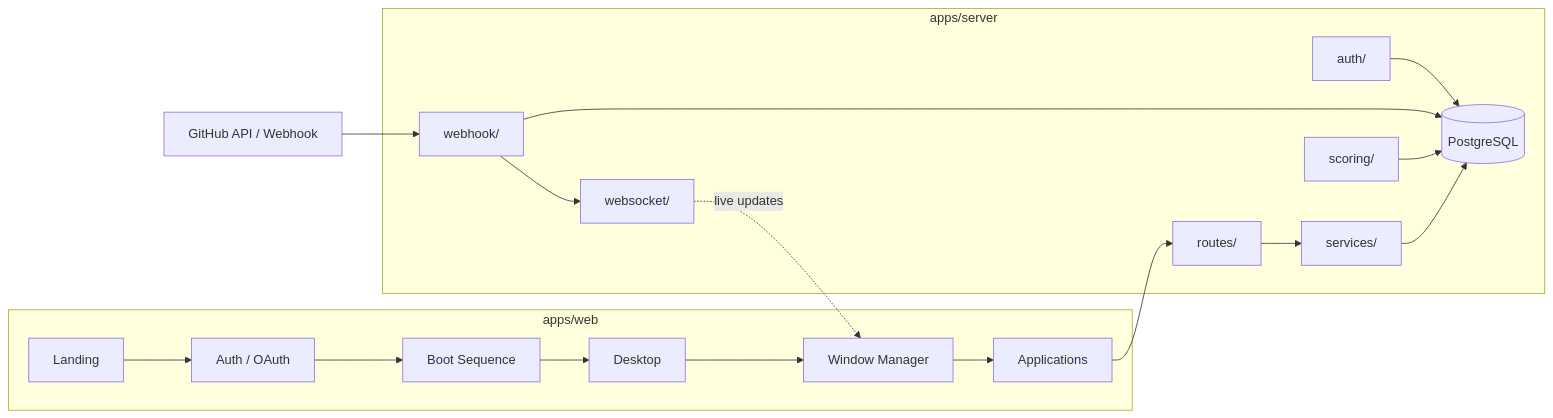
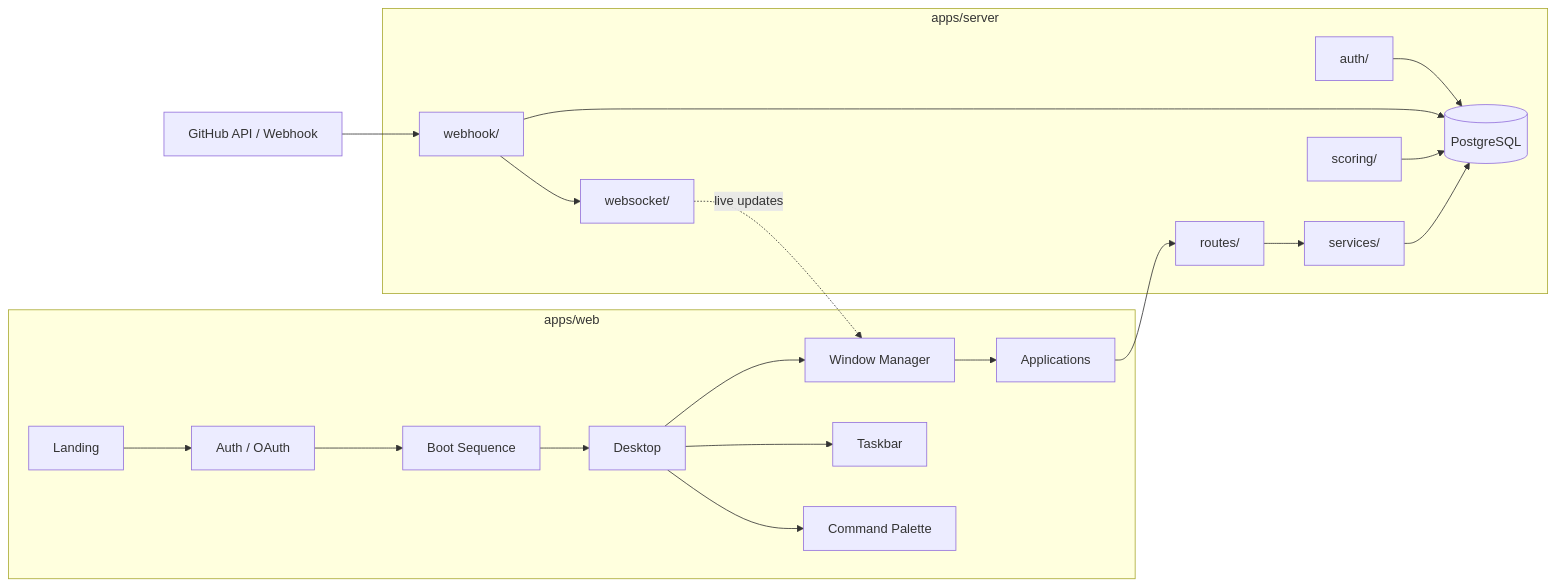
The diagram in README.md (GSF-001/ONYX-DevOS), drawn with Mermaid before and after one commit. The commit also changed other lines of this file, not shown here.

````diff
--- a/README.md
+++ b/README.md
@@ -80,23 +87,25 @@
 ```mermaid
 flowchart LR
     subgraph Client["apps/web"]
         L[Landing] --> A[Auth / OAuth]
         A --> B[Boot Sequence]
         B --> D[Desktop]
         D --> WM[Window Manager]
+        D --> TB[Taskbar]
+        D --> CP[Command Palette]
         WM --> APP[Applications]
     end
 
     subgraph Server["apps/server"]
         AUTH[auth/] --> DB[(PostgreSQL)]
         WH[webhook/] --> DB
         WH --> WS[websocket/]
         SC[scoring/] --> DB
         RT[routes/] --> SVC[services/]
         SVC --> DB
     end
 
     GH[GitHub API / Webhook] --> WH
     WS -.live updates.-> WM
     APP --> RT
 ```
````
